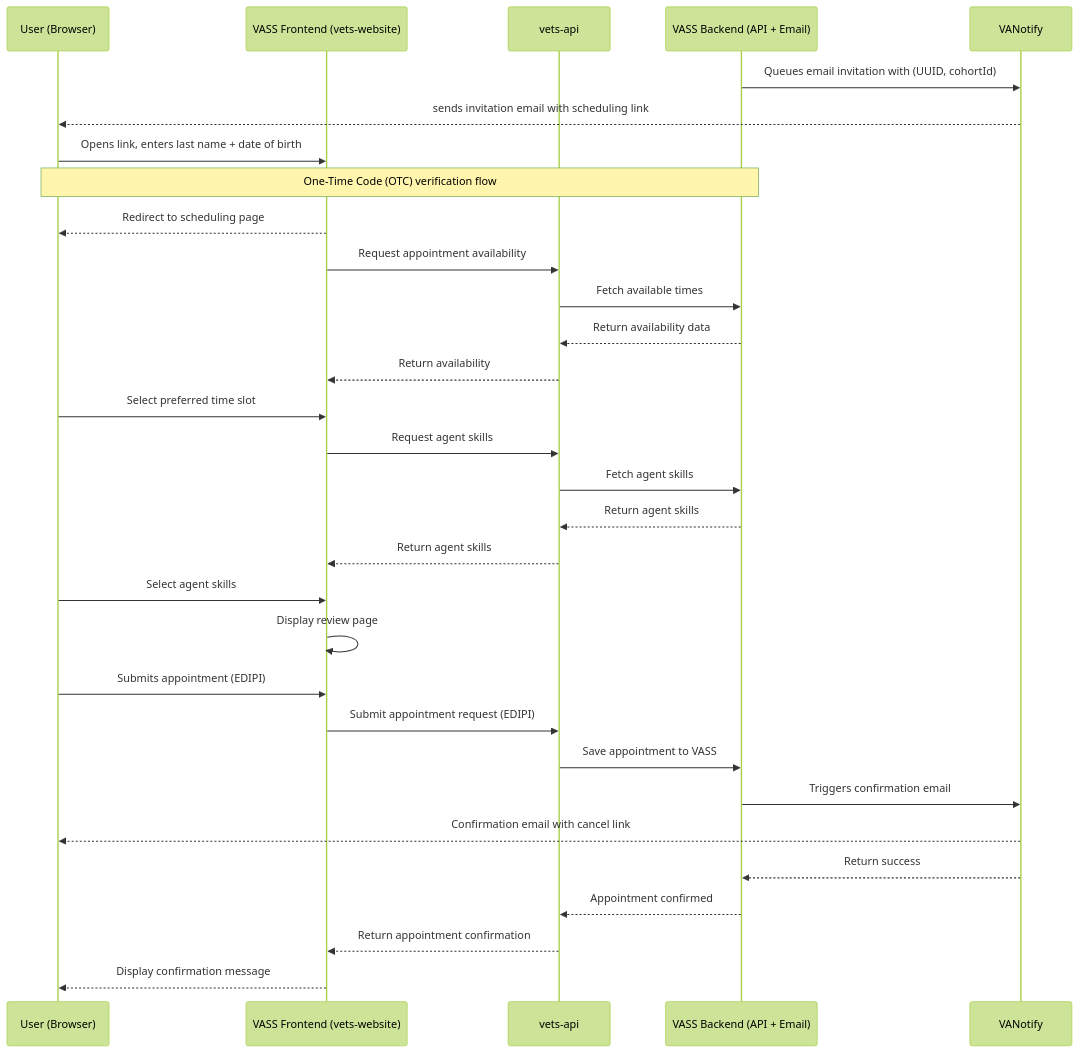
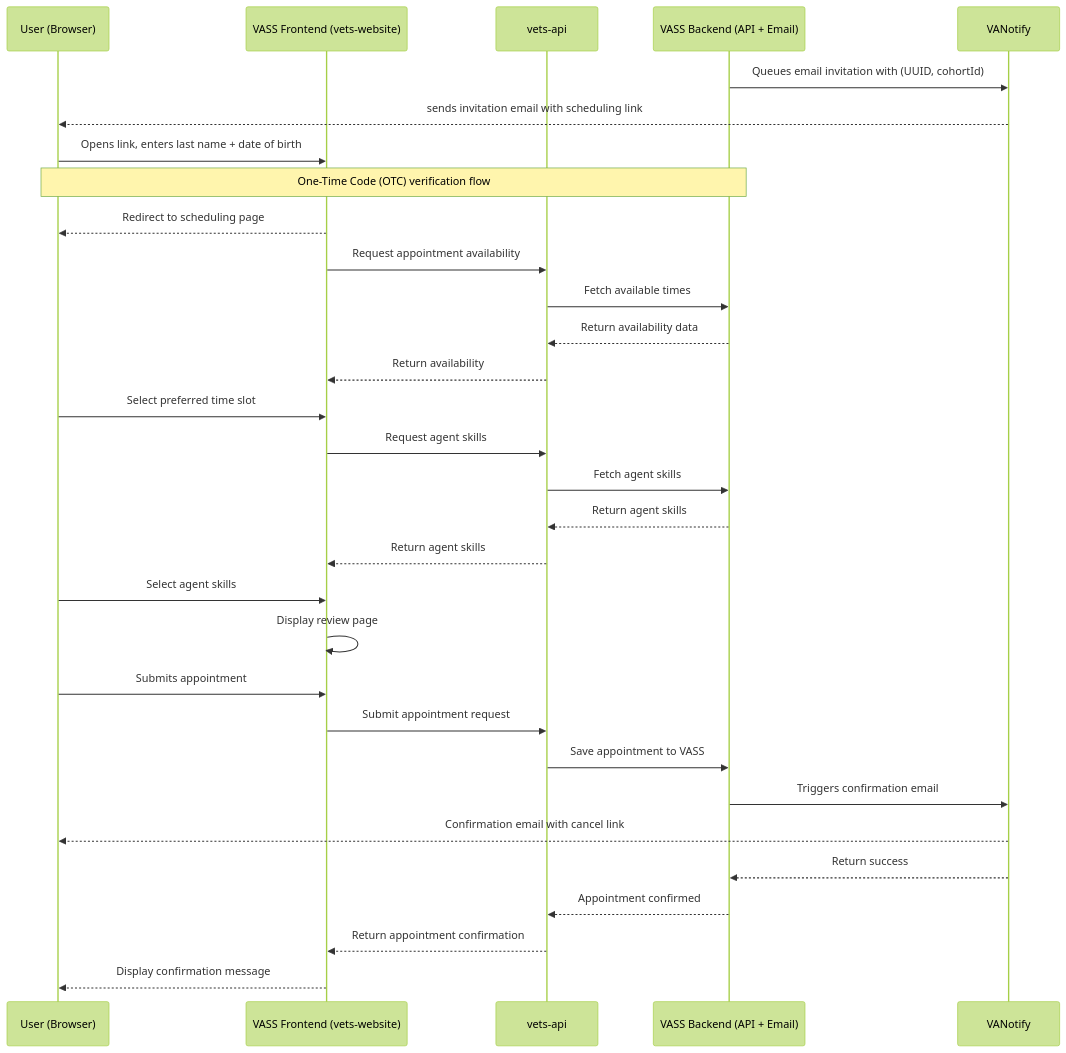
The first of 3 diagrams in products/health-care/appointments/va-online-scheduling/initiatives/solid-start-scheduling/engineering/sequence-diagrams/otc-flow.md (department-of-veterans-affairs/va.gov-team), drawn with Mermaid (forest theme) before and after one commit. The commit also changed other lines of this file, not shown here.

````diff
--- a/products/health-care/appointments/va-online-scheduling/initiatives/solid-start-scheduling/engineering/sequence-diagrams/otc-flow.md
+++ b/products/health-care/appointments/va-online-scheduling/initiatives/solid-start-scheduling/engineering/sequence-diagrams/otc-flow.md
@@ -3,44 +3,44 @@
 ``` mermaid
 sequenceDiagram
     participant user as User (Browser)
     participant vetsWebsite as VASS Frontend (vets-website)
     participant vetsApi as vets-api
     participant vassBackend as VASS Backend (API + Email)
     participant vaNotify as VANotify
 
     %% Step 1: Email Invitation
     vassBackend->>vaNotify: Queues email invitation with (UUID, cohortId)
     vaNotify-->>user: sends invitation email with scheduling link 
 
     %% Step 2: User validates identity
     user->>vetsWebsite: Opens link, enters last name + date of birth
     Note over user,vassBackend: One-Time Code (OTC) verification flow
     vetsWebsite-->>user: Redirect to scheduling page
 
     %% Step 3: View available times
     vetsWebsite->>vetsApi: Request appointment availability
     vetsApi->>vassBackend: Fetch available times
     vassBackend-->>vetsApi: Return availability data
     vetsApi-->>vetsWebsite: Return availability
     user->>vetsWebsite: Select preferred time slot
 
     %% Step 4: Agent skills
     vetsWebsite->>vetsApi: Request agent skills
     vetsApi->>vassBackend: Fetch agent skills
     vassBackend-->>vetsApi: Return agent skills
     vetsApi-->>vetsWebsite: Return agent skills
     user->>vetsWebsite: Select agent skills
     vetsWebsite->>vetsWebsite: Display review page
 
     %% Step 5: Confirm appointment
-    user->>vetsWebsite: Submits appointment (EDIPI)
-    vetsWebsite->>vetsApi: Submit appointment request (EDIPI)
+    user->>vetsWebsite: Submits appointment 
+    vetsWebsite->>vetsApi: Submit appointment request
     vetsApi->>vassBackend: Save appointment to VASS
     vassBackend->>vaNotify: Triggers confirmation email
     vaNotify-->>user: Confirmation email with cancel link
     vaNotify-->>vassBackend: Return success
     vassBackend-->>vetsApi: Appointment confirmed
 
     vetsApi-->>vetsWebsite: Return appointment confirmation
     vetsWebsite-->>user: Display confirmation message
 ```
````
